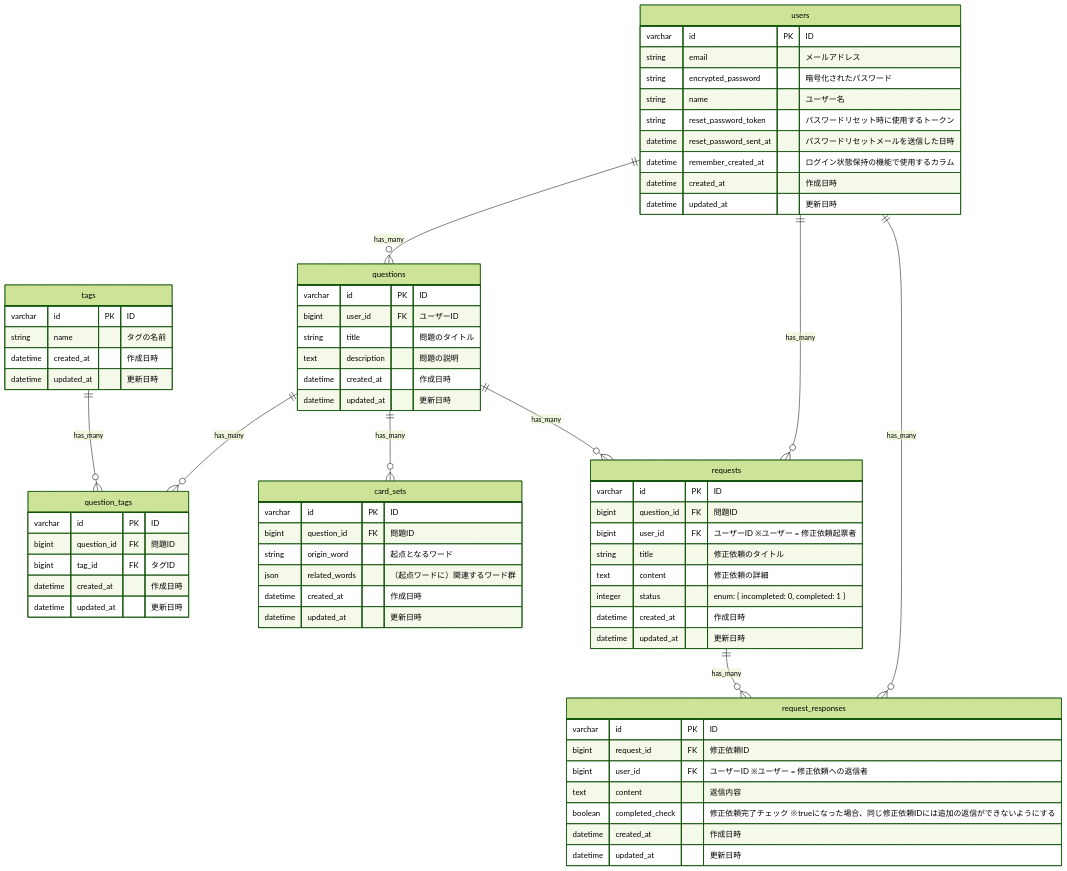
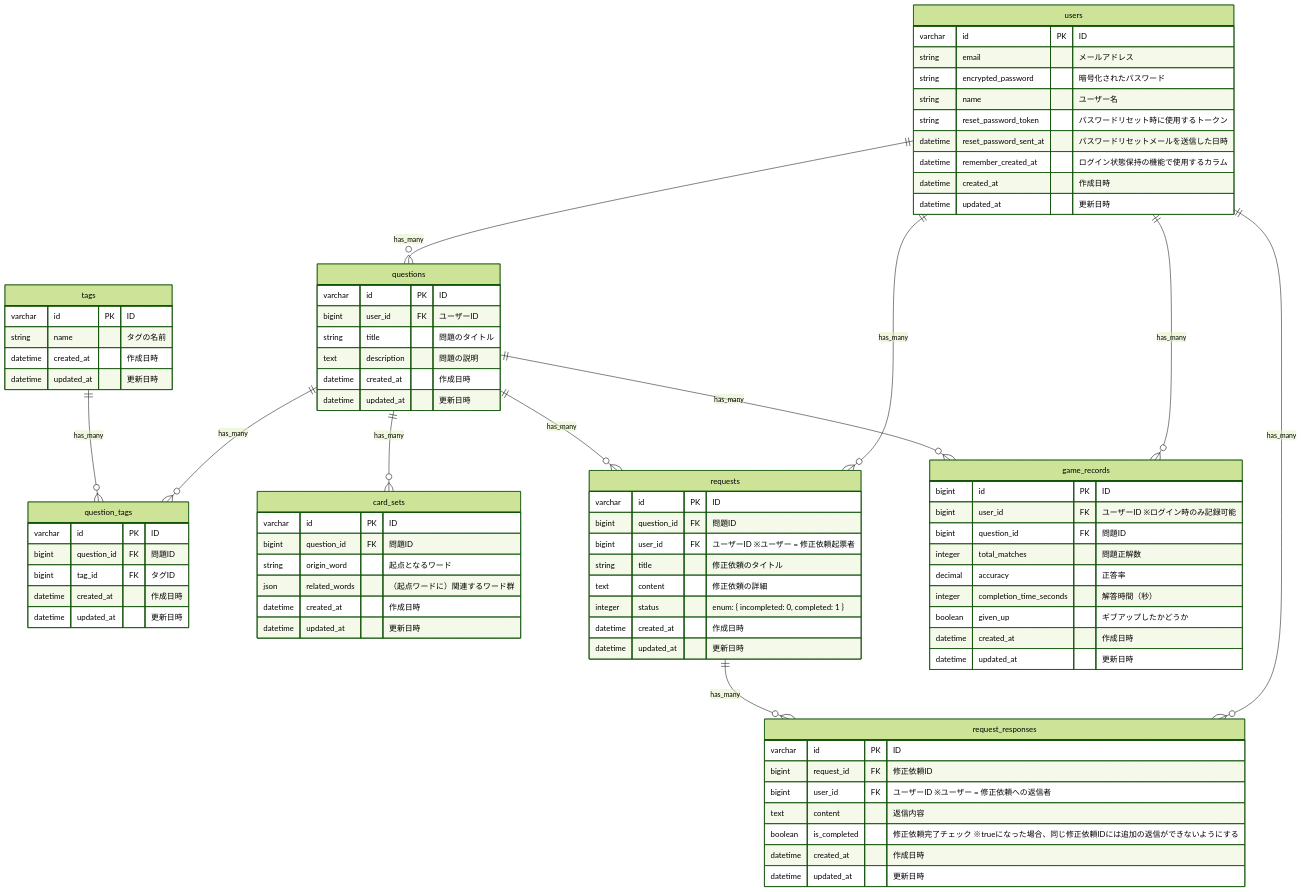
Before and after one commit to mo-land/NeuroWord: the diagram in README.md, drawn with Mermaid (forest theme).

Commit message:
update:ER図_一部カラム名修正・ゲーム結果保持のテーブルを追加

````diff
--- a/README.md
+++ b/README.md
@@ -221,7 +221,19 @@
         bigint request_id FK "修正依頼ID"
         bigint user_id FK "ユーザーID ※ユーザー = 修正依頼への返信者"
         text content "返信内容"
-        boolean completed_check "修正依頼完了チェック ※trueになった場合、同じ修正依頼IDには追加の返信ができないようにする"
+        boolean is_completed "修正依頼完了チェック ※trueになった場合、同じ修正依頼IDには追加の返信ができないようにする"
+        datetime created_at "作成日時"
+        datetime updated_at "更新日時"
+    }
+
+    game_records {
+        bigint id PK "ID"
+        bigint user_id FK "ユーザーID ※ログイン時のみ記録可能"
+        bigint question_id FK "問題ID"
+        integer total_matches "問題正解数"
+        decimal accuracy "正答率"
+        integer completion_time_seconds "解答時間（秒）"
+        boolean given_up "ギブアップしたかどうか"
         datetime created_at "作成日時"
         datetime updated_at "更新日時"
     }
@@ -230,9 +242,11 @@
     users ||--o{ questions : "has_many"
     users ||--o{ requests : "has_many"
     users ||--o{ request_responses : "has_many"
+    users ||--o{ game_records : "has_many"
     questions ||--o{ card_sets : "has_many"
     questions ||--o{ question_tags : "has_many"
     questions ||--o{ requests : "has_many"
+    questions ||--o{ game_records : "has_many"
     tags ||--o{ question_tags : "has_many"
     requests ||--o{ request_responses : "has_many"
 ```
````
